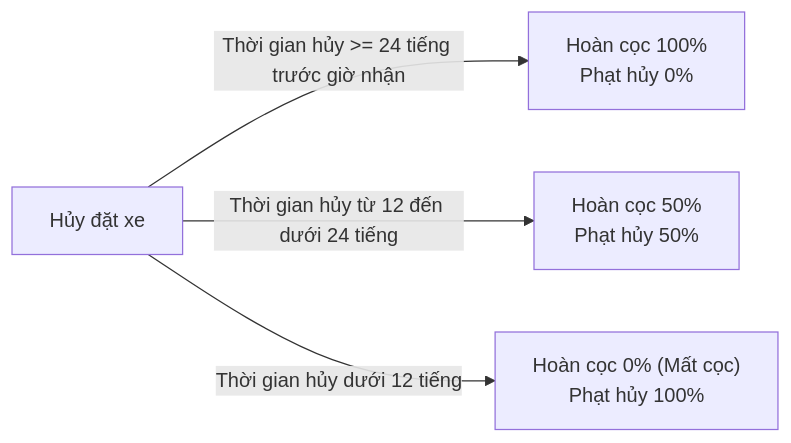
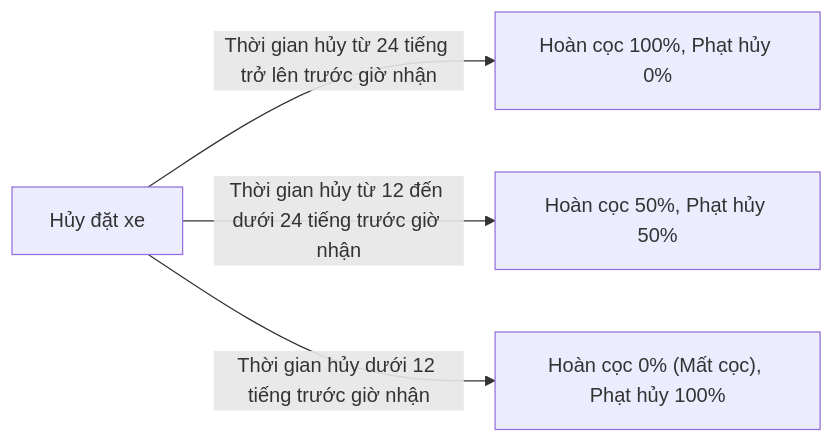
One commit to Vqd2k6/SAD-UTH changed diagram 11 of 16 in docs/BaoCao_DeTaiNhom_PTTKHT.md. Above: the diagram before and after it, drawn with Mermaid. The commit also changed other lines of this file and 1 other file, not shown here.

Commit message:
docs: fix Mermaid syntax errors in decision trees and add missing early return decision tree

````diff
--- a/docs/BaoCao_DeTaiNhom_PTTKHT.md
+++ b/docs/BaoCao_DeTaiNhom_PTTKHT.md
@@ -1555,6 +1555,6 @@
 ```mermaid
 graph LR
-    A["Hủy đặt xe"] -->|Thời gian hủy >= 24 tiếng trước giờ nhận| B["Hoàn cọc 100%<br>Phạt hủy 0%"]
-    A -->|Thời gian hủy từ 12 đến dưới 24 tiếng| C["Hoàn cọc 50%<br>Phạt hủy 50%"]
-    A -->|Thời gian hủy dưới 12 tiếng| D["Hoàn cọc 0% (Mất cọc)<br>Phạt hủy 100%"]
+    A["Hủy đặt xe"] -->|"Thời gian hủy từ 24 tiếng trở lên trước giờ nhận"| B["Hoàn cọc 100%, Phạt hủy 0%"]
+    A -->|"Thời gian hủy từ 12 đến dưới 24 tiếng trước giờ nhận"| C["Hoàn cọc 50%, Phạt hủy 50%"]
+    A -->|"Thời gian hủy dưới 12 tiếng trước giờ nhận"| D["Hoàn cọc 0% (Mất cọc), Phạt hủy 100%"]
 ```
````
